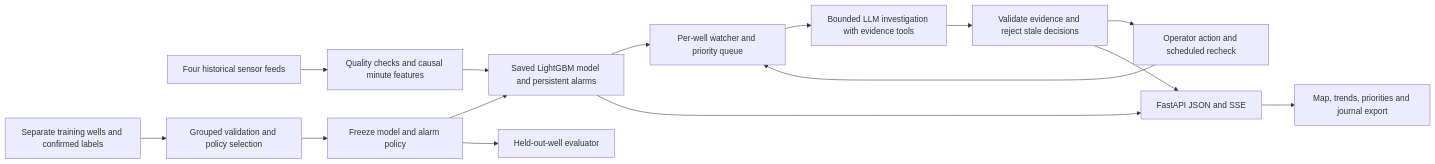
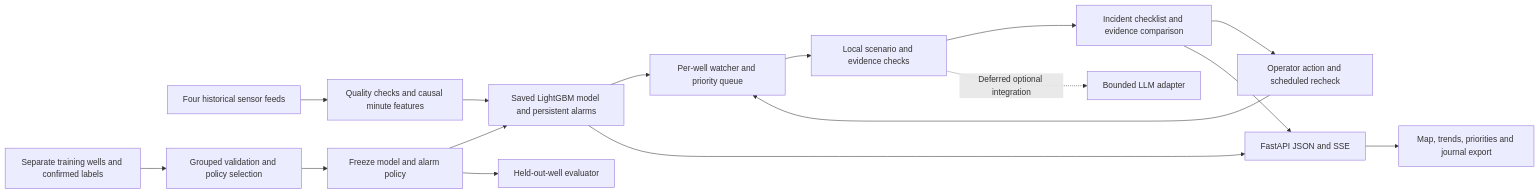
The diagram in README.md (divakargaba/frostline), drawn with Mermaid before and after one commit. The commit also changed other lines of this file and 16 other files, not shown here.

````diff
--- a/README.md
+++ b/README.md
@@ -153,17 +185,18 @@
 ```mermaid
 flowchart LR
   S[Four historical sensor feeds] --> Q[Quality checks and causal minute features]
   Q --> P[Saved LightGBM model and persistent alarms]
   P --> W[Per-well watcher and priority queue]
-  W --> A[Bounded LLM investigation with evidence tools]
-  A --> V[Validate evidence and reject stale decisions]
+  W --> A[Local scenario and evidence checks]
+  A --> V[Incident checklist and evidence comparison]
+  A -. Deferred optional integration .-> L[Bounded LLM adapter]
   V --> R[Operator action and scheduled recheck]
   R --> W
   P --> API[FastAPI JSON and SSE]
   V --> API
   API --> UI[Map, trends, priorities and journal export]
   H[Separate training wells and confirmed labels] --> C[Grouped validation and policy selection]
   C --> F[Freeze model and alarm policy]
   F --> P
   F --> T[Held-out-well evaluator]
 ```
````
